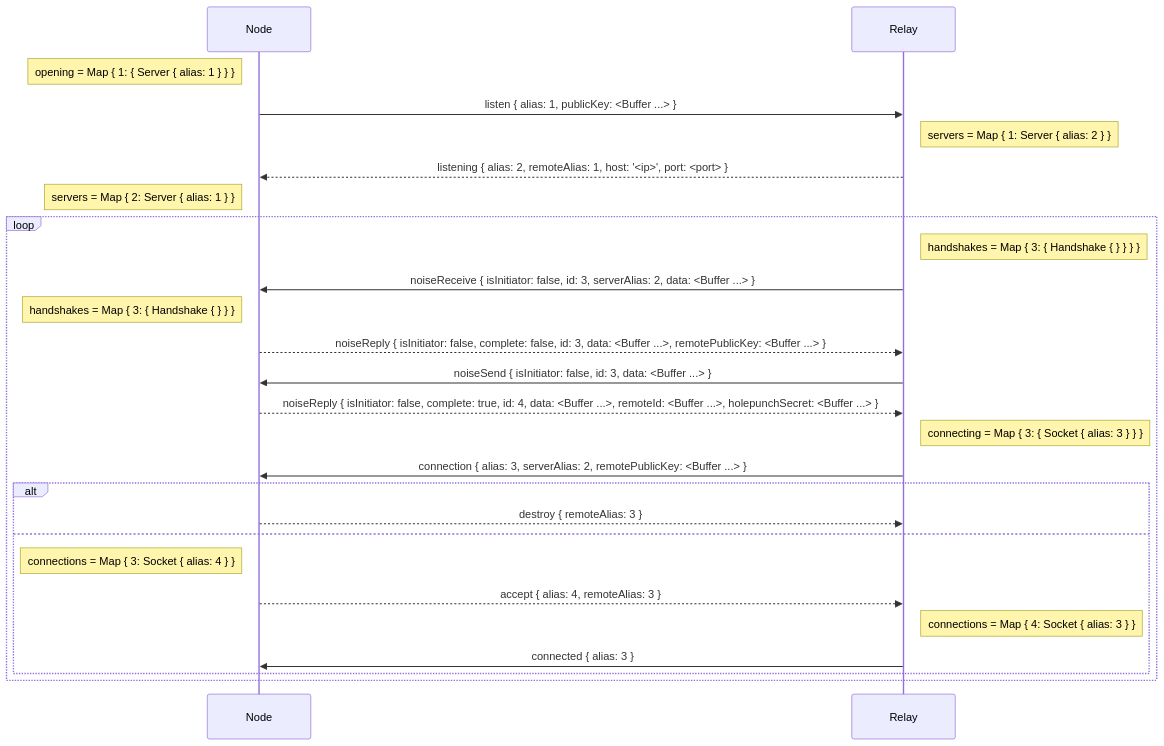
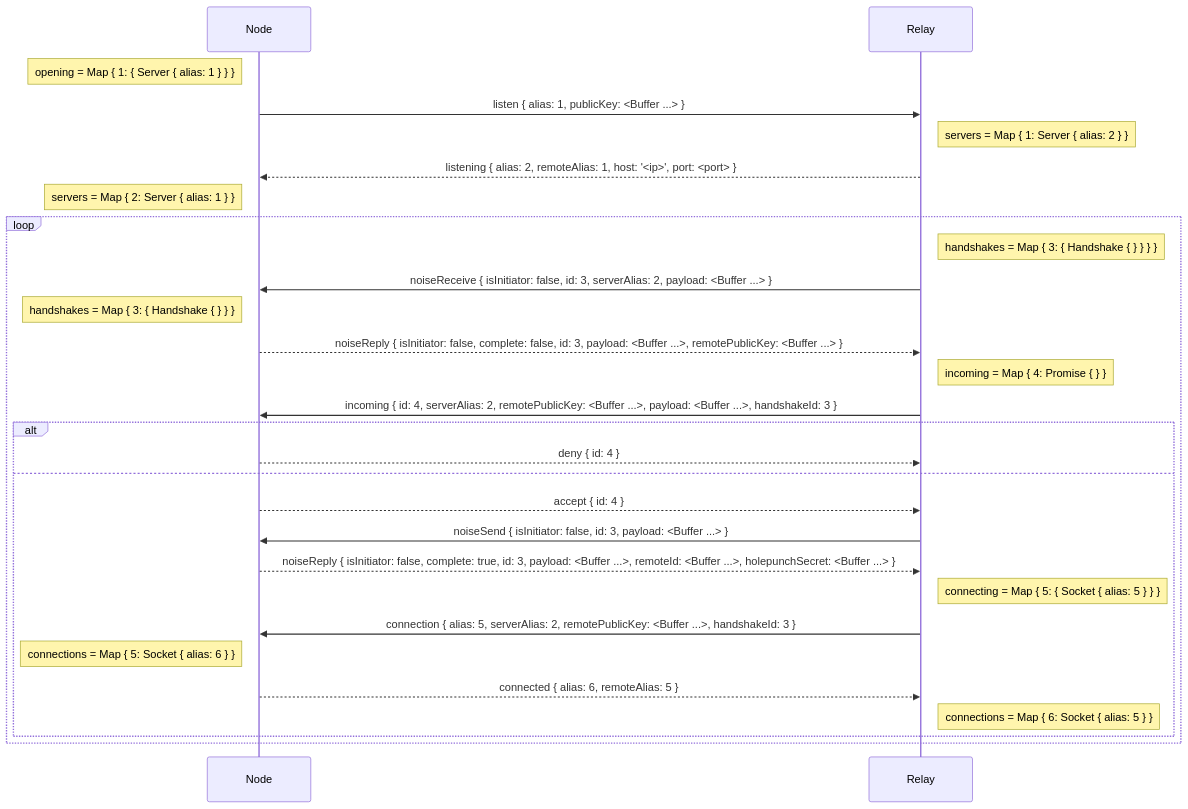
The diagram in media/diagrams/create-server-handshake.mmd (holepunchto/hyperswarm-dht-relay), drawn with Mermaid before and after one commit. The commit also changed 12 other files, not shown here.

```diff
--- a/media/diagrams/create-server-handshake.mmd
+++ b/media/diagrams/create-server-handshake.mmd
@@ -1,43 +1,47 @@
 sequenceDiagram
   participant N as Node
   participant R as Relay
 
   note left of N: opening = Map { 1: { Server { alias: 1 } } }
 
   N->>R: listen { alias: 1, publicKey: <Buffer ...> }
 
   note right of R: servers = Map { 1: Server { alias: 2 } }
 
   R-->>N: listening { alias: 2, remoteAlias: 1, host: '<ip>', port: <port> }
 
   note left of N: servers = Map { 2: Server { alias: 1 } }
 
   loop
     note right of R: handshakes = Map { 3: { Handshake { } } } }
 
-    R->>N: noiseReceive { isInitiator: false, id: 3, serverAlias: 2, data: <Buffer ...> }
+    R->>N: noiseReceive { isInitiator: false, id: 3, serverAlias: 2, payload: <Buffer ...> }
 
     note left of N: handshakes = Map { 3: { Handshake { } } }
 
-    N-->>R: noiseReply { isInitiator: false, complete: false, id: 3, data: <Buffer ...>, remotePublicKey: <Buffer ...> }
+    N-->>R: noiseReply { isInitiator: false, complete: false, id: 3, payload: <Buffer ...>, remotePublicKey: <Buffer ...> }
 
-    R->>N: noiseSend { isInitiator: false, id: 3, data: <Buffer ...> }
+    note right of R: incoming = Map { 4: Promise { } }
 
-    N-->>R: noiseReply { isInitiator: false, complete: true, id: 4, data: <Buffer ...>, remoteId: <Buffer ...>, holepunchSecret: <Buffer ...> }
-
-    note right of R: connecting = Map { 3: { Socket { alias: 3 } } }
-
-    R->>N: connection { alias: 3, serverAlias: 2, remotePublicKey: <Buffer ...> }
+    R->>N: incoming { id: 4, serverAlias: 2, remotePublicKey: <Buffer ...>, payload: <Buffer ...>, handshakeId: 3 }
 
     alt
-      N-->>R: destroy { remoteAlias: 3 }
+      N-->>R: deny { id: 4 }
     else
-      note left of N: connections = Map { 3: Socket { alias: 4 } }
+      N-->>R: accept { id: 4 }
 
-      N-->>R: accept { alias: 4, remoteAlias: 3 }
+      R->>N: noiseSend { isInitiator: false, id: 3, payload: <Buffer ...> }
 
-      note right of R: connections = Map { 4: Socket { alias: 3 } }
+      N-->>R: noiseReply { isInitiator: false, complete: true, id: 3, payload: <Buffer ...>, remoteId: <Buffer ...>, holepunchSecret: <Buffer ...> }
 
-      R->>N: connected { alias: 3 }
+      note right of R: connecting = Map { 5: { Socket { alias: 5 } } }
+
+      R->>N: connection { alias: 5, serverAlias: 2, remotePublicKey: <Buffer ...>, handshakeId: 3 }
+
+      note left of N: connections = Map { 5: Socket { alias: 6 } }
+
+      N-->>R: connected { alias: 6, remoteAlias: 5 }
+
+      note right of R: connections = Map { 6: Socket { alias: 5 } }
     end
   end
```
